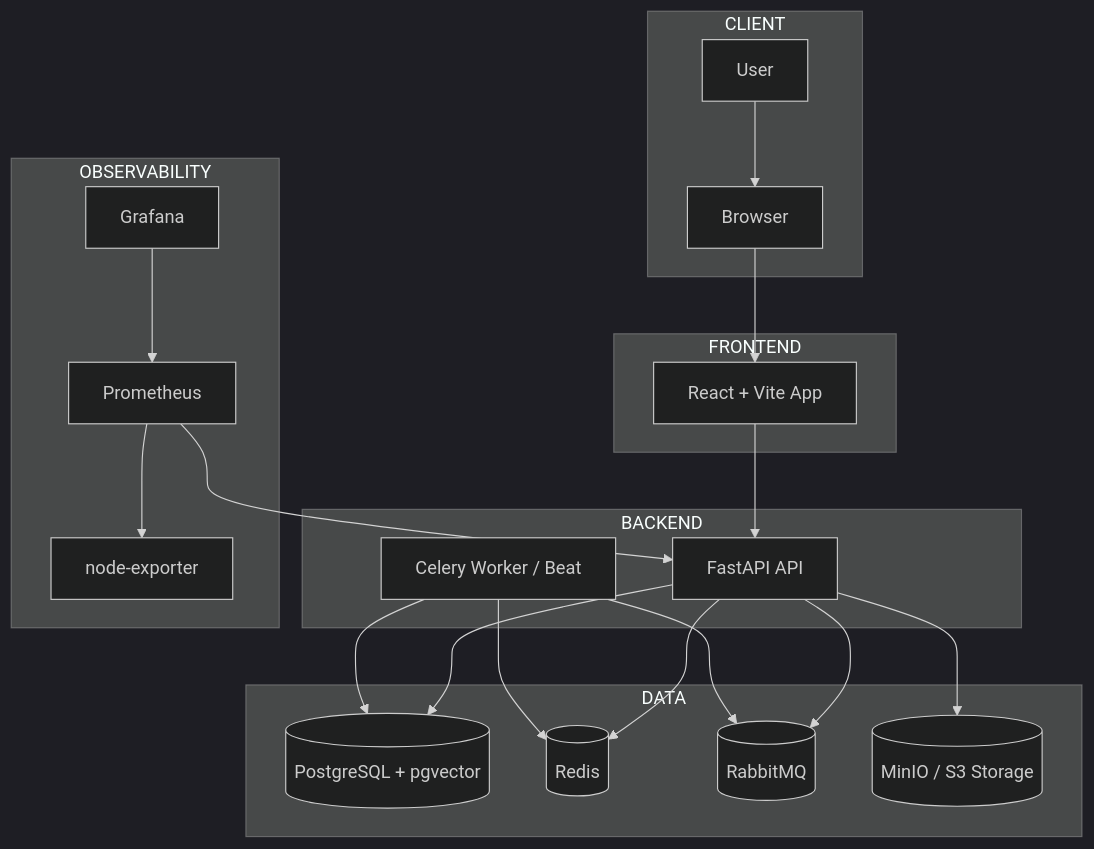
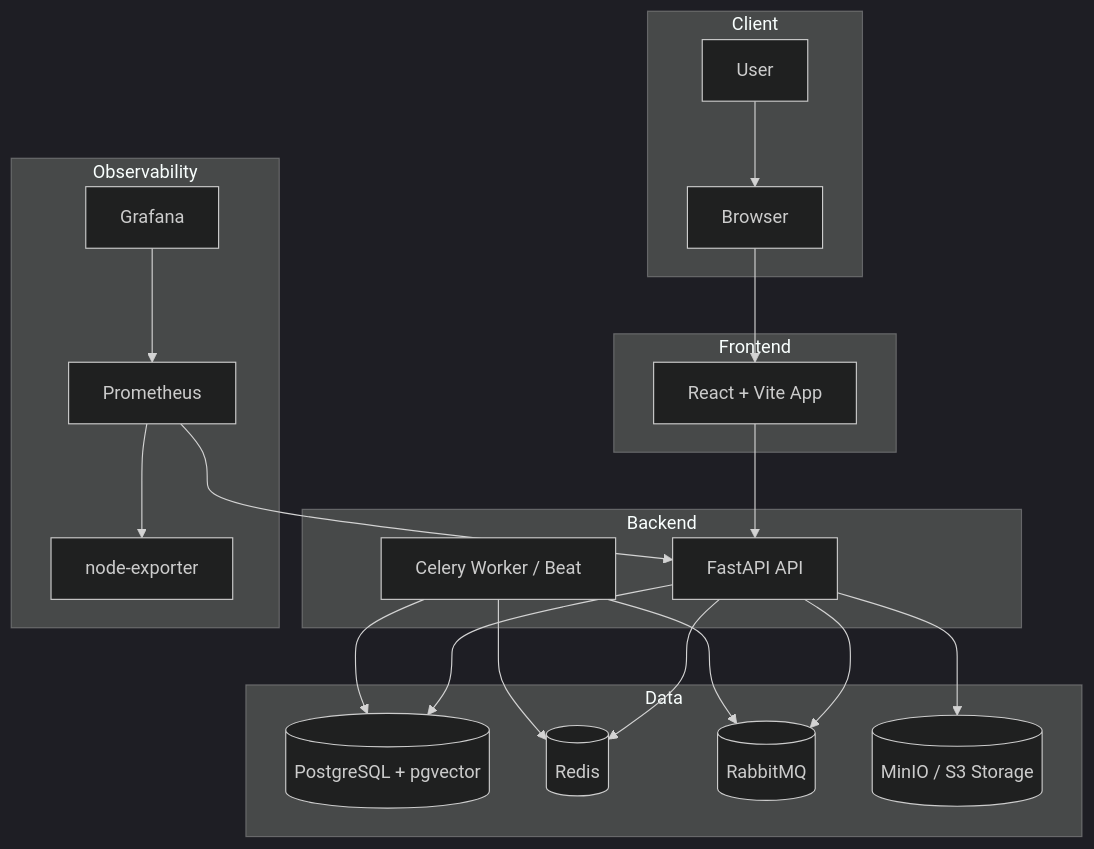
Before and after one commit to ibras0696/crm_ai: the diagram in README.md, drawn with Mermaid (dark theme).

````diff
--- a/README.md
+++ b/README.md
@@ -15,51 +15,42 @@
 ```mermaid
 flowchart TB
-
-  %% ==== USER LAYER ====
-  subgraph CLIENT
-    U[User]
-    B[Browser]
+  subgraph CLIENT["Client"]
+    U["User"] --> B["Browser"]
   end
 
-  %% ==== FRONTEND ====
-  subgraph FRONTEND
-    FE[React + Vite App]
+  subgraph FE_LAYER["Frontend"]
+    FE["React + Vite App"]
   end
 
-  %% ==== BACKEND ====
-  subgraph BACKEND
-    API[FastAPI API]
-    WORKER[Celery Worker / Beat]
+  subgraph BE_LAYER["Backend"]
+    API["FastAPI API"]
+    WORKER["Celery Worker / Beat"]
   end
 
-  %% ==== DATA LAYER ====
-  subgraph DATA
-    DB[(PostgreSQL + pgvector)]
-    REDIS[(Redis)]
-    MQ[(RabbitMQ)]
-    S3[(MinIO / S3 Storage)]
+  subgraph DATA_LAYER["Data"]
+    DB[("PostgreSQL + pgvector")]
+    REDIS[("Redis")]
+    MQ[("RabbitMQ")]
+    S3[("MinIO / S3 Storage")]
   end
 
-  %% ==== MONITORING ====
-  subgraph OBSERVABILITY
-    PROM[Prometheus]
-    GRAF[Grafana]
-    NODE[node-exporter]
+  subgraph OBS_LAYER["Observability"]
+    PROM["Prometheus"]
+    GRAF["Grafana"]
+    NODE["node-exporter"]
   end
 
-  %% ==== FLOW ====
-  U --> B --> FE --> API
-
+  B --> FE --> API
   API --> DB
   API --> REDIS
   API --> MQ
   API --> S3
 
   WORKER --> MQ
   WORKER --> DB
   WORKER --> REDIS
 
   PROM --> API
   PROM --> NODE
   GRAF --> PROM
 ```
````
